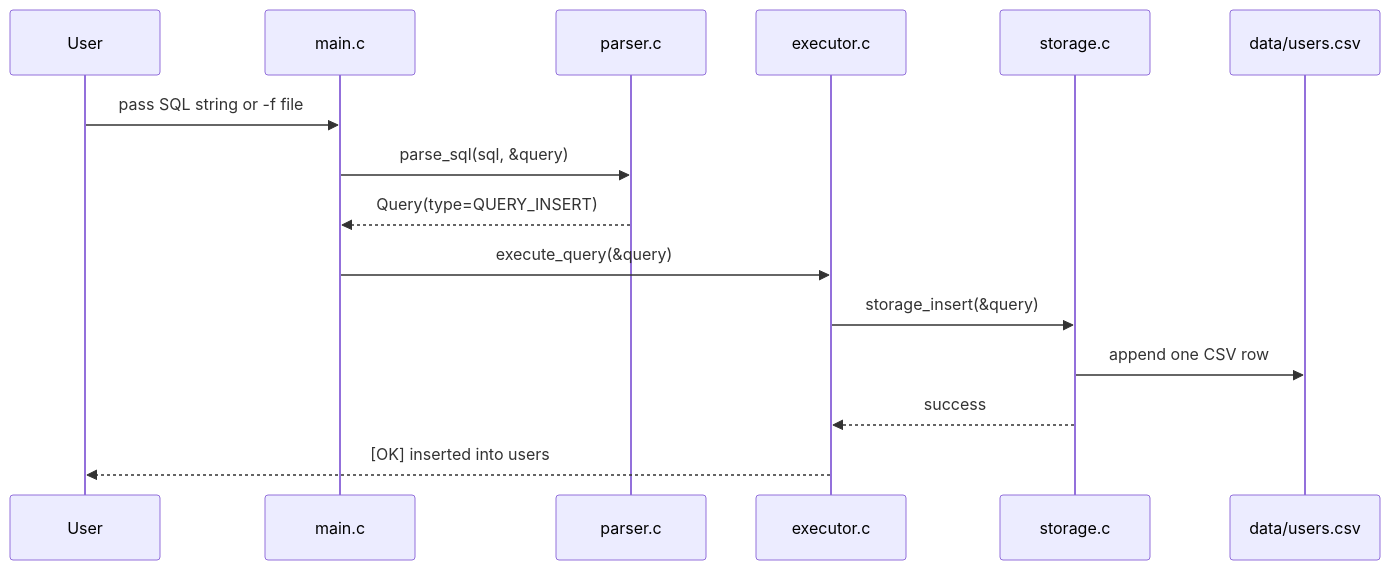
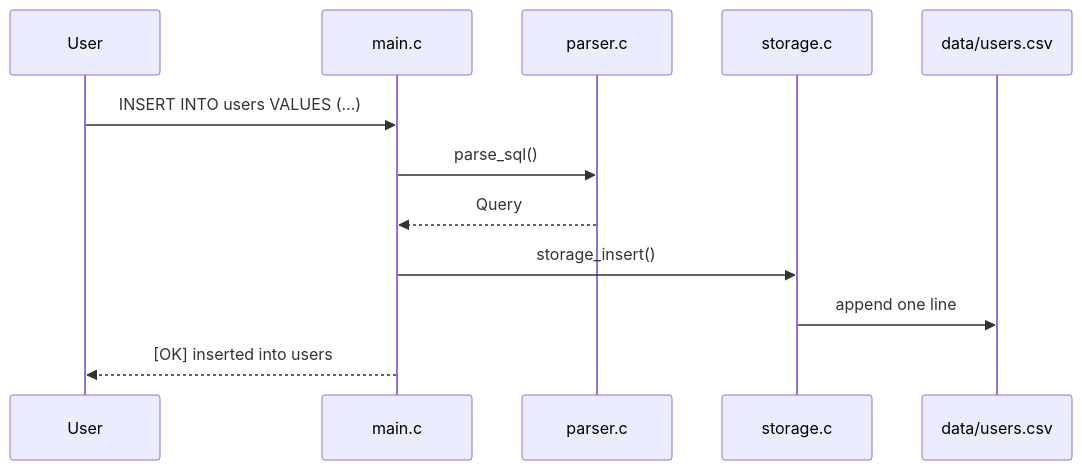
The second of 3 diagrams in README.md (JEONWOOHYUN-hydromel/Krafton_Jungle_Wednesday_Codex_Week6), drawn with Mermaid before and after one commit. The commit also changed other lines of this file and 9 other files, not shown here.

````diff
--- a/README.md
+++ b/README.md
@@ -107,18 +98,15 @@
 ```mermaid
 sequenceDiagram
     participant User
     participant Main as main.c
     participant Parser as parser.c
-    participant Executor as executor.c
     participant Storage as storage.c
     participant CSV as data/users.csv
 
-    User->>Main: pass SQL string or -f file
-    Main->>Parser: parse_sql(sql, &query)
-    Parser-->>Main: Query(type=QUERY_INSERT)
-    Main->>Executor: execute_query(&query)
-    Executor->>Storage: storage_insert(&query)
-    Storage->>CSV: append one CSV row
-    Storage-->>Executor: success
-    Executor-->>User: [OK] inserted into users
+    User->>Main: INSERT INTO users VALUES (...)
+    Main->>Parser: parse_sql()
+    Parser-->>Main: Query
+    Main->>Storage: storage_insert()
+    Storage->>CSV: append one line
+    Main-->>User: [OK] inserted into users
 ```
````
